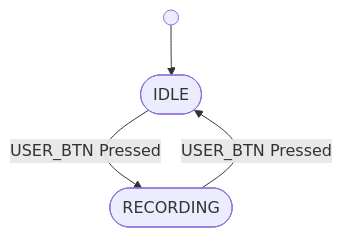
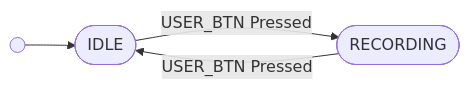
Before and after one commit to piwithy/stm32pdm: the first of 2 diagrams in 03_Embedding/direct_output/readme.md, drawn with Mermaid. The commit also changed other lines of this file and 1 other file, not shown here.

````diff
--- a/03_Embedding/direct_output/readme.md
+++ b/03_Embedding/direct_output/readme.md
@@ -10,12 +11,12 @@
 ```mermaid
-graph TD
+graph LR
     INIT(( ));
     IDLE([IDLE]);
     RECORDING([RECORDING]);
     INIT --> IDLE;
 
     IDLE -->| USER_BTN Pressed | RECORDING;
 
     RECORDING -->| USER_BTN Pressed | IDLE;
 
 ```
````
